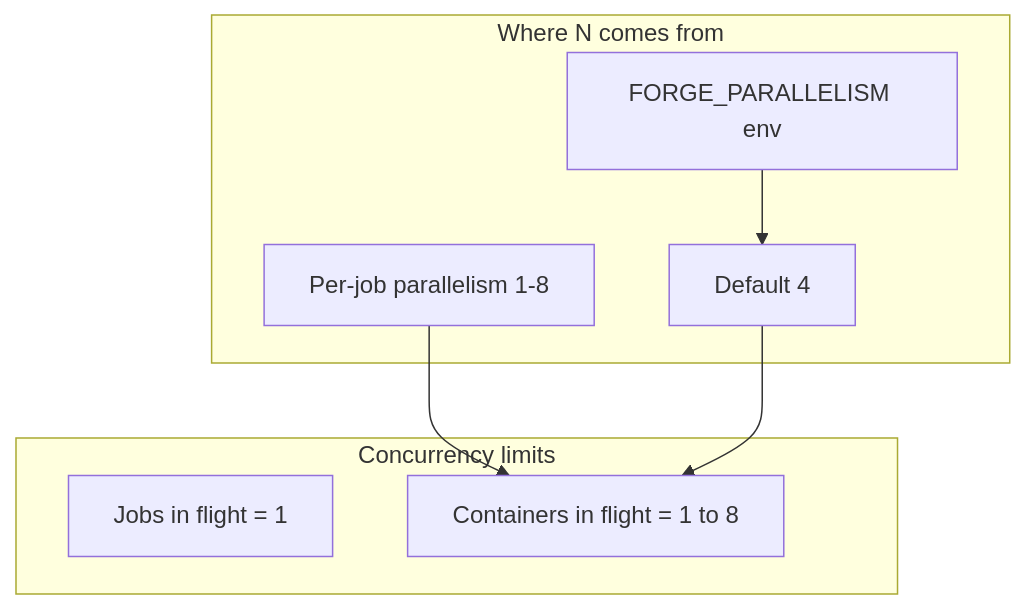
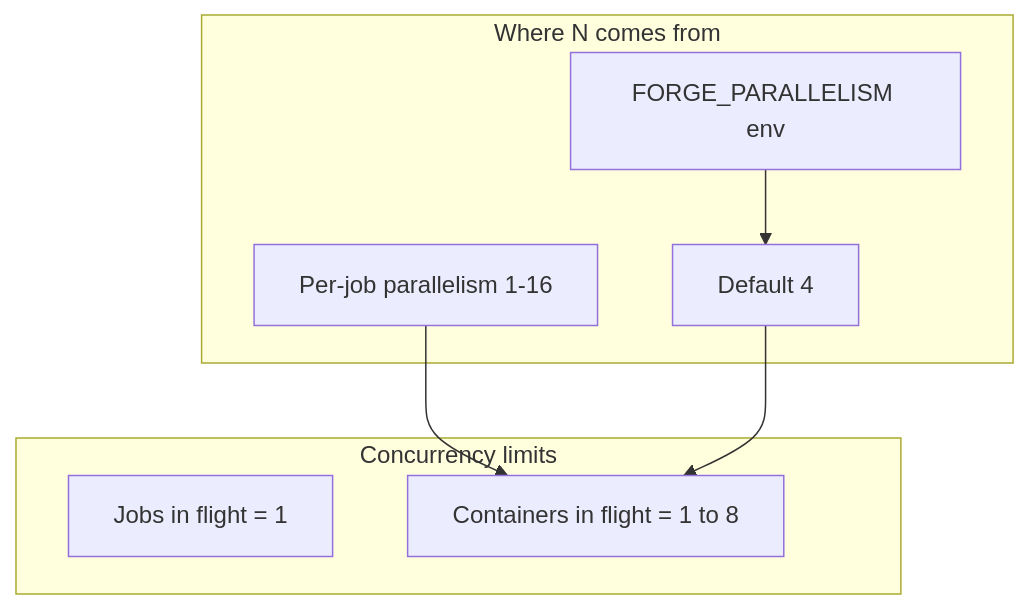
One commit to TytaniumDev/MagicBracketSimulator changed the sixth of 6 diagrams in ARCHITECTURE.md. Above: the diagram before and after it, drawn with Mermaid. The commit also changed other lines of this file and 40 other files, not shown here.

````diff
--- a/ARCHITECTURE.md
+++ b/ARCHITECTURE.md
@@ -159,16 +255,16 @@
 ```mermaid
 flowchart TB
     subgraph limits["Concurrency limits"]
         J["Jobs in flight = 1"]
         C["Containers in flight = 1 to 8"]
     end
 
     subgraph source["Where N comes from"]
         Default["Default 4"]
         Env["FORGE_PARALLELISM env"]
-        JobParam["Per-job parallelism 1-8"]
+        JobParam["Per-job parallelism 1-16"]
         JobParam --> C
         Env --> Default
         Default --> C
     end
 ```
````
